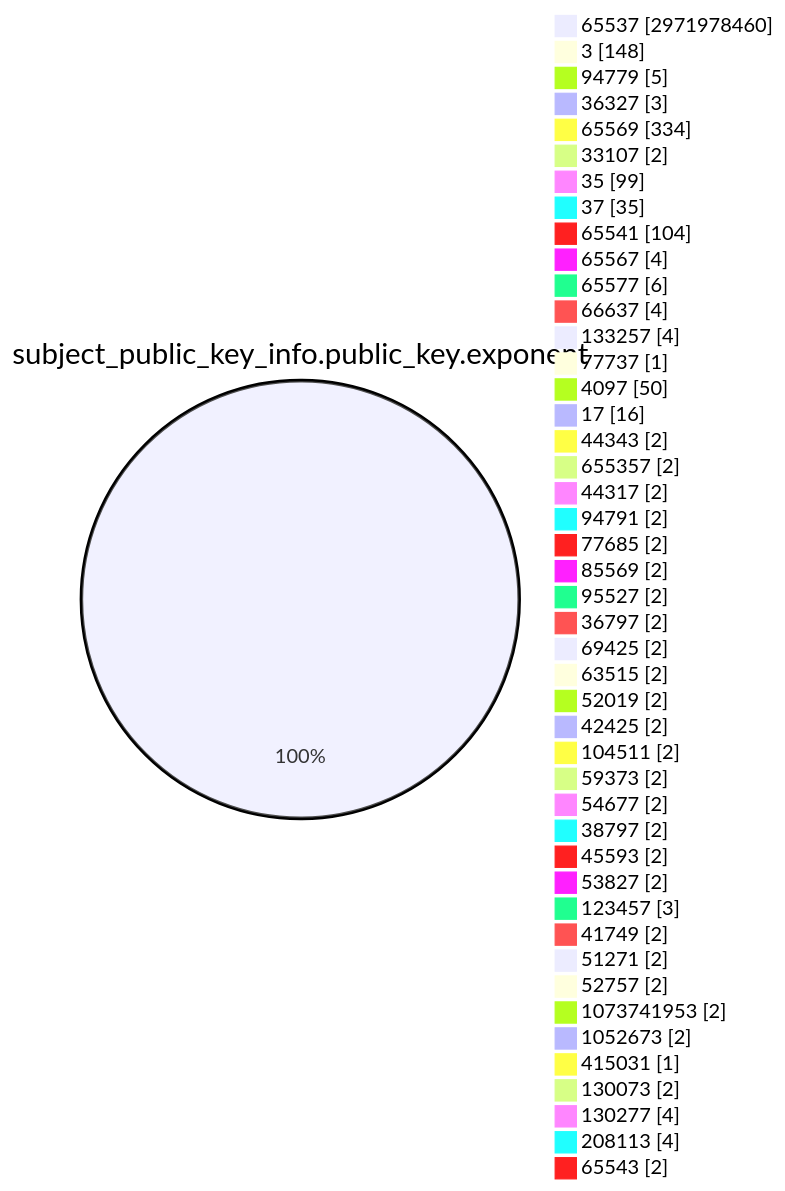
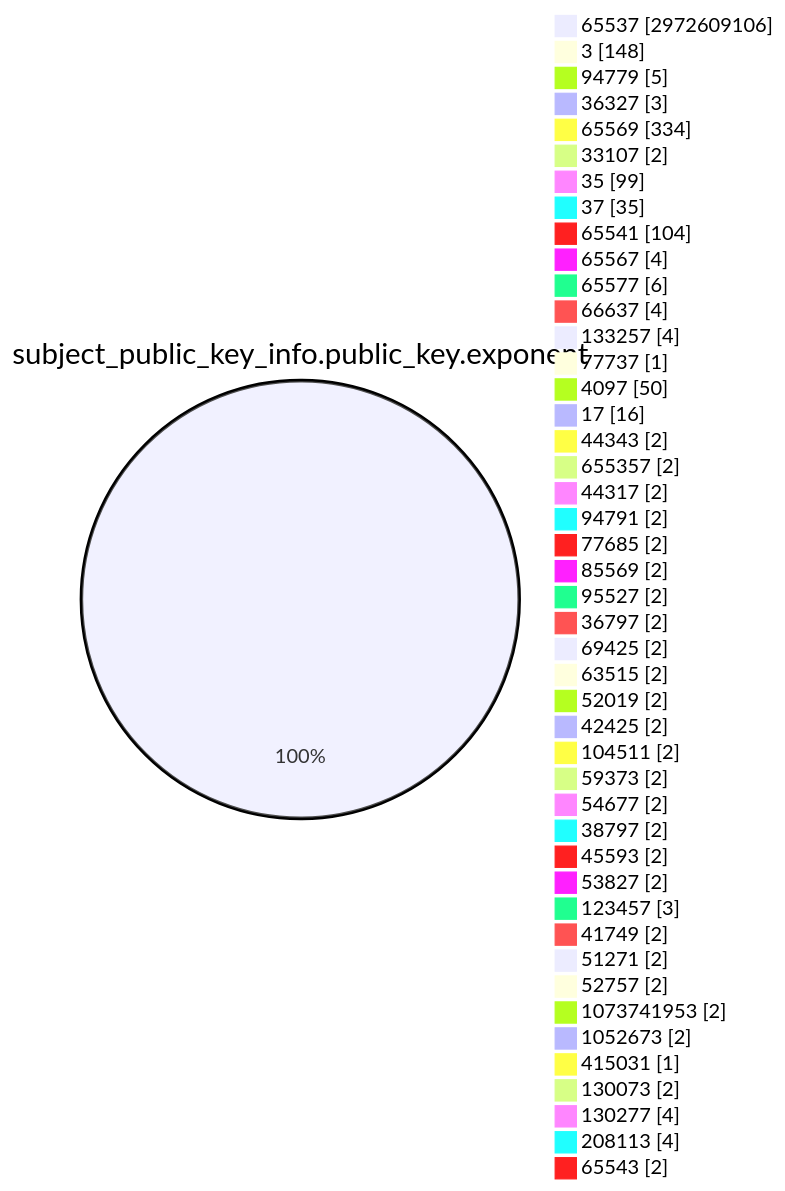
Before and after one commit to christiankrug/ctmonitor_visualization: the fourth of 15 diagrams in TOTAL/README.md, drawn with Mermaid. The commit also changed other lines of this file, not shown here.

````diff
--- a/TOTAL/README.md
+++ b/TOTAL/README.md
@@ -1471,49 +1471,49 @@
 ```mermaid
 pie showData
 title subject_public_key_info.public_key.exponent
-"65537" :2971978460
+"65537" :2972609106
 "3" :148
 "94779" :5
 "36327" :3
 "65569" :334
 "33107" :2
 "35" :99
 "37" :35
 "65541" :104
 "65567" :4
 "65577" :6
 "66637" :4
 "133257" :4
 "77737" :1
 "4097" :50
 "17" :16
 "44343" :2
 "655357" :2
 "44317" :2
 "94791" :2
 "77685" :2
 "85569" :2
 "95527" :2
 "36797" :2
 "69425" :2
 "63515" :2
 "52019" :2
 "42425" :2
 "104511" :2
 "59373" :2
 "54677" :2
 "38797" :2
 "45593" :2
 "53827" :2
 "123457" :3
 "41749" :2
 "51271" :2
 "52757" :2
 "1073741953" :2
 "1052673" :2
 "415031" :1
 "130073" :2
 "130277" :4
 "208113" :4
 "65543" :2
 ```
````
